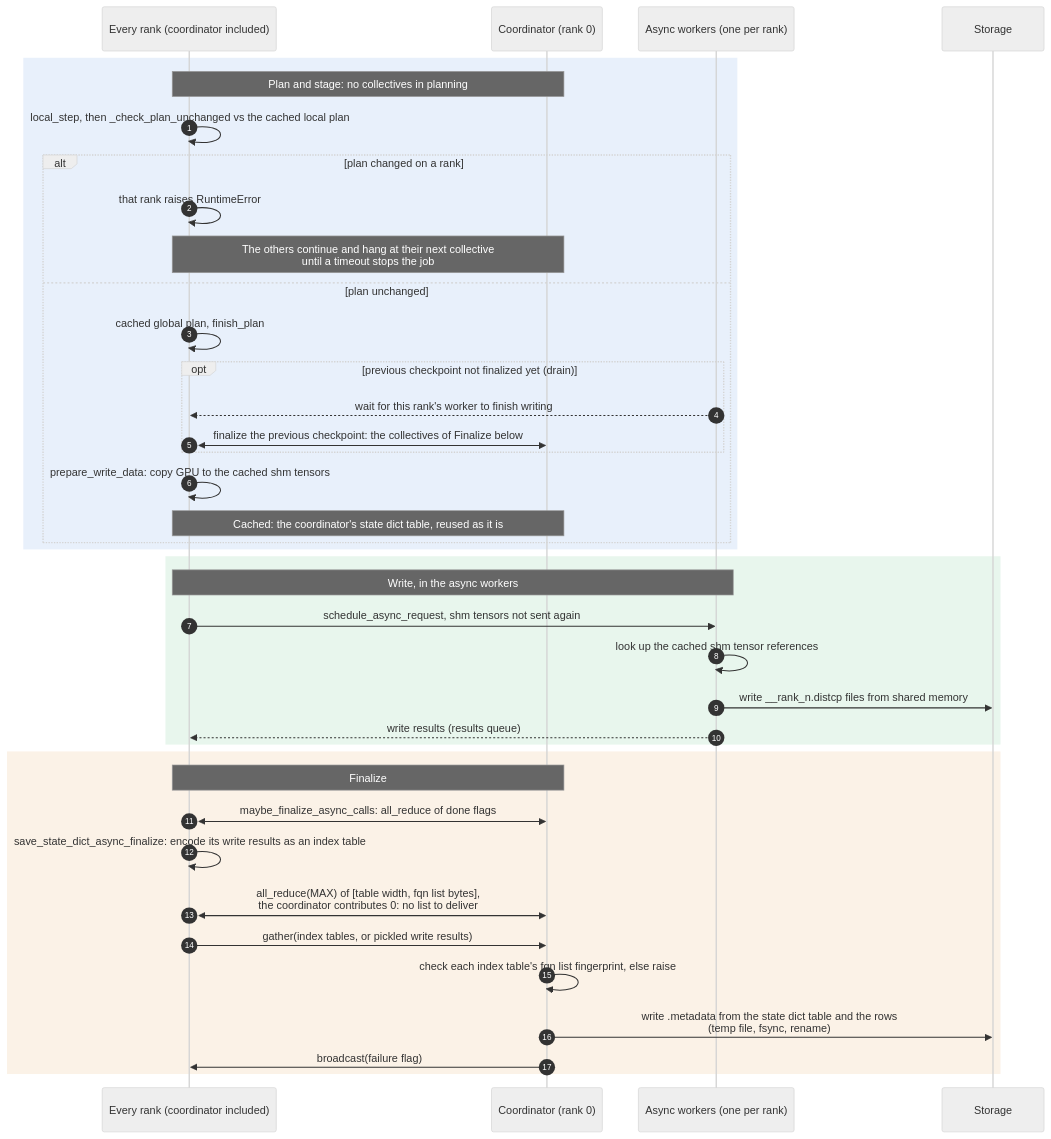
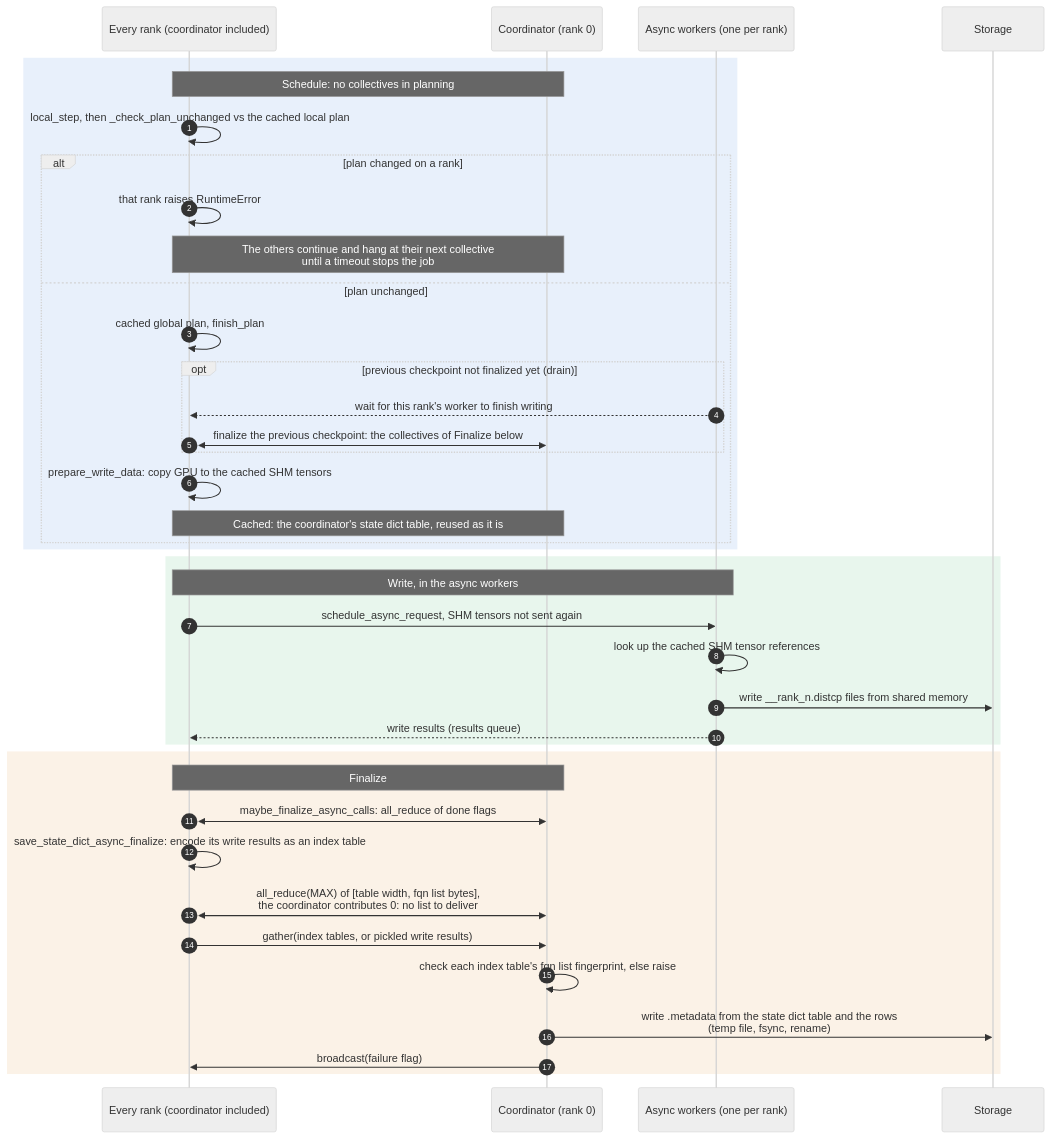
The fourth of 4 diagrams in docs/design/checkpoint/ASYNC_SAVE.md (NVIDIA/nvidia-resiliency-ext), drawn with Mermaid (neutral theme) before and after one commit. The commit also changed other lines of this file, not shown here.

Commit message:
Rewrite ASYNC_SAVE.md design doc

````diff
--- a/docs/design/checkpoint/ASYNC_SAVE.md
+++ b/docs/design/checkpoint/ASYNC_SAVE.md
@@ -312,44 +343,44 @@
 ```mermaid
 sequenceDiagram
     autonumber
     participant R as Every rank (coordinator included)
     participant C as Coordinator (rank 0)
     participant W as Async workers (one per rank)
     participant S as Storage
 
     rect rgba(70, 130, 220, 0.12)
-    Note over R,C: Plan and stage: no collectives in planning
+    Note over R,C: Schedule: no collectives in planning
     R->>R: local_step, then _check_plan_unchanged vs the cached local plan
     alt plan changed on a rank
         R->>R: that rank raises RuntimeError
         Note over R,C: The others continue and hang at their next collective<br/>until a timeout stops the job
     else plan unchanged
         R->>R: cached global plan, finish_plan
         opt previous checkpoint not finalized yet (drain)
             W-->>R: wait for this rank's worker to finish writing
             R<<->>C: finalize the previous checkpoint: the collectives of Finalize below
         end
-        R->>R: prepare_write_data: copy GPU to the cached shm tensors
+        R->>R: prepare_write_data: copy GPU to the cached SHM tensors
         Note over R,C: Cached: the coordinator's state dict table, reused as it is
     end
     end
 
     rect rgba(70, 180, 110, 0.12)
     Note over R,W: Write, in the async workers
-    R->>W: schedule_async_request, shm tensors not sent again
-    W->>W: look up the cached shm tensor references
+    R->>W: schedule_async_request, SHM tensors not sent again
+    W->>W: look up the cached SHM tensor references
     W->>S: write __rank_n.distcp files from shared memory
     W-->>R: write results (results queue)
     end
 
     rect rgba(220, 150, 60, 0.12)
     Note over R,C: Finalize
     R<<->>C: maybe_finalize_async_calls: all_reduce of done flags
     R->>R: save_state_dict_async_finalize: encode its write results as an index table
     R<<->>C: all_reduce(MAX) of [table width, fqn list bytes],<br/>the coordinator contributes 0: no list to deliver
     R->>C: gather(index tables, or pickled write results)
     C->>C: check each index table's fqn list fingerprint, else raise
     C->>S: write .metadata from the state dict table and the rows<br/>(temp file, fsync, rename)
     C->>R: broadcast(failure flag)
     end
 ```
````
